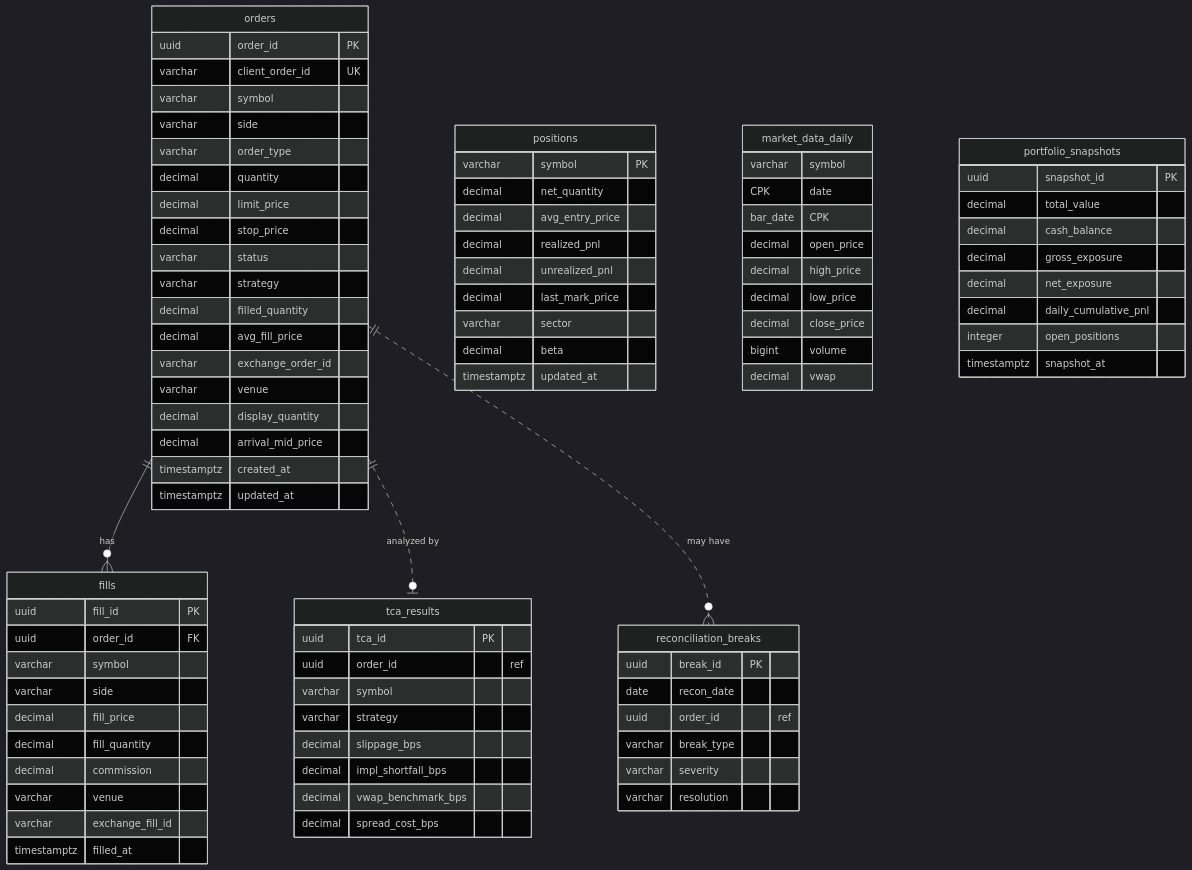
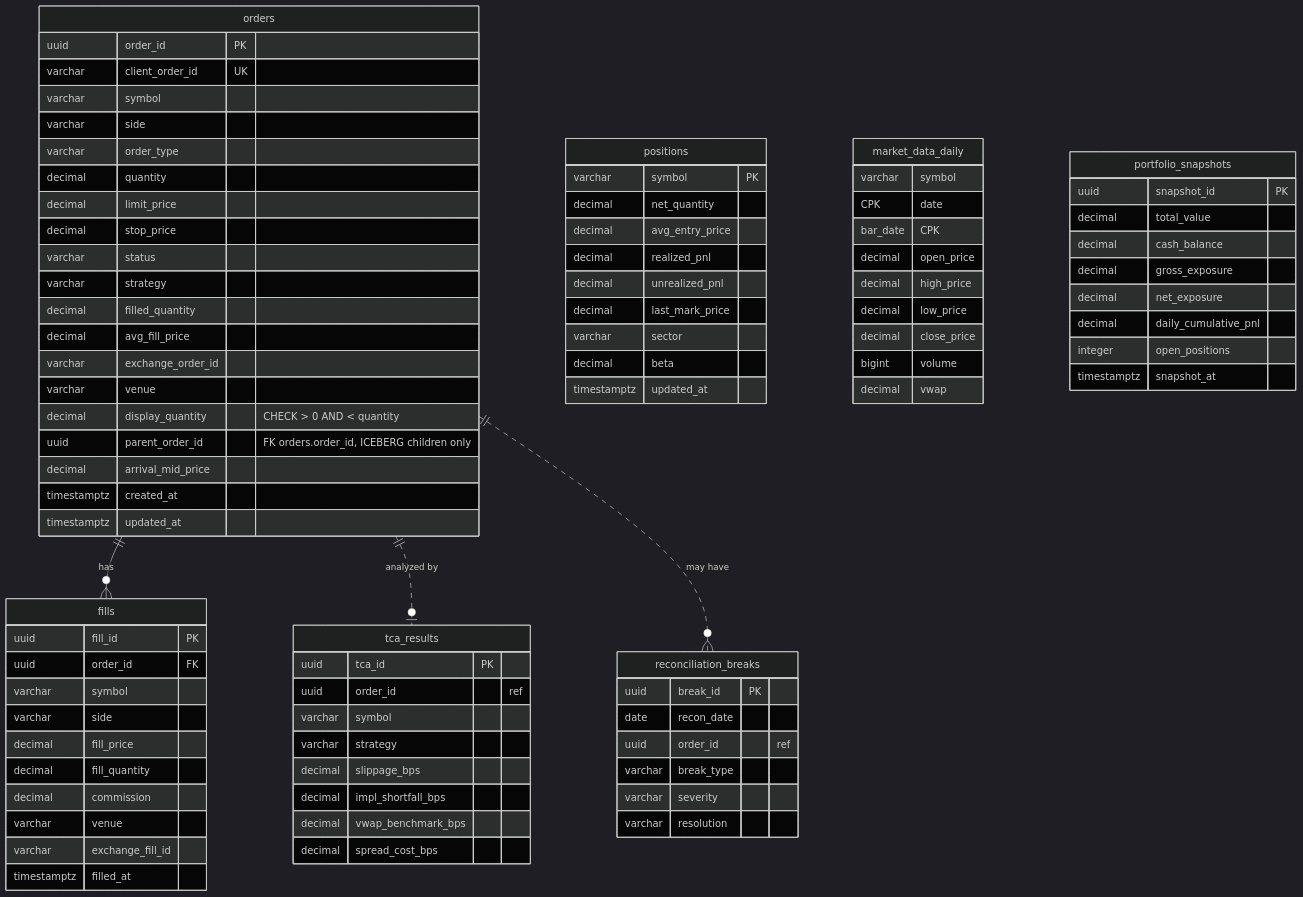
Diagram 12 of 18 in docs/technical-design-document.md (drag0sd0g/MariaAlpha), drawn with Mermaid (dark theme) before and after one commit. The commit also changed other lines of this file and 78 other files, not shown here.

First line of the commit message:
2.1.3 & 2.1.4 IOC / FOK / Iceberg / GTC order type support (#152)

```diff
--- a/docs/technical-design-document.md
+++ b/docs/technical-design-document.md
@@ -788,7 +820,8 @@
         decimal avg_fill_price
         varchar exchange_order_id
         varchar venue
-        decimal display_quantity
+        decimal display_quantity "CHECK > 0 AND < quantity"
+        uuid parent_order_id "FK orders.order_id, ICEBERG children only"
         decimal arrival_mid_price
         timestamptz created_at
         timestamptz updated_at
```
